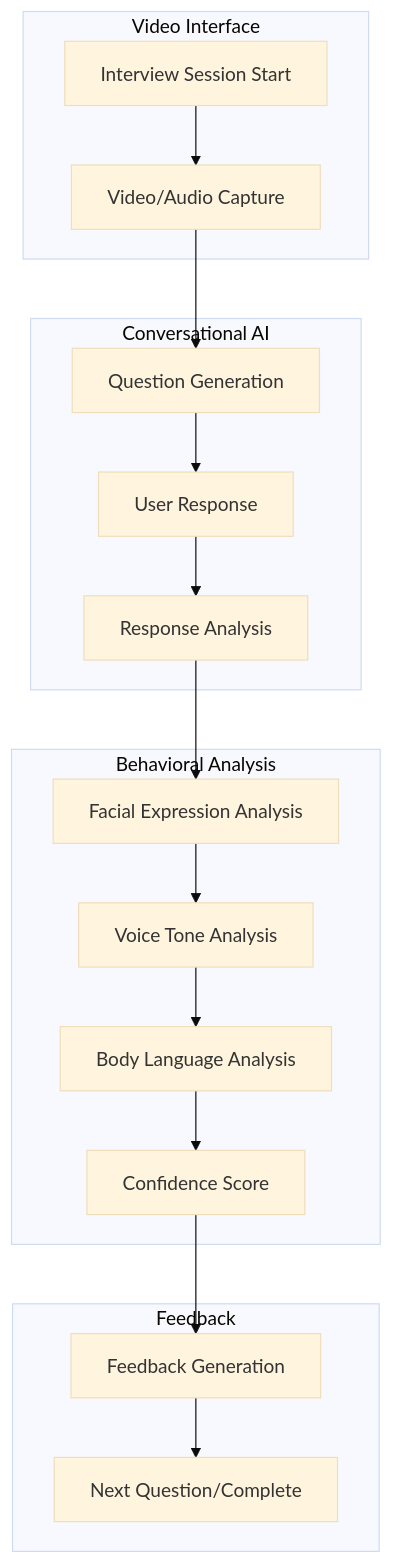
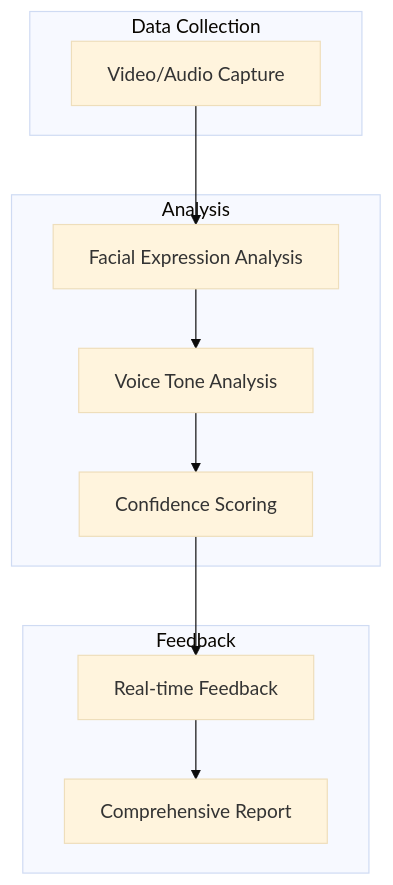
One commit to MaheshSharan/AI-Powered-Interview-Preparation-System-AIPS- changed the fifth of 6 diagrams in AIPS_Todo_List.md. Above: the diagram before and after it, drawn with Mermaid (base theme). The commit also changed other lines of this file and 10 other files, not shown here.

````diff
--- a/AIPS_Todo_List.md
+++ b/AIPS_Todo_List.md
@@ -259,36 +321,23 @@
 ```mermaid
 graph TD
-    A[Interview Session Start] --> B[Video/Audio Capture]
-    B --> C[Question Generation]
-    C --> D[User Response]
-    D --> E[Response Analysis]
-    E --> F[Facial Expression Analysis]
-    F --> G[Voice Tone Analysis]
-    G --> H[Body Language Analysis]
-    H --> I[Confidence Score]
-    I --> J[Feedback Generation]
-    J --> K[Next Question/Complete]
+    A[Video/Audio Capture] --> B[Facial Expression Analysis]
+    B --> C[Voice Tone Analysis]
+    C --> D[Confidence Scoring]
+    D --> E[Real-time Feedback]
+    E --> F[Comprehensive Report]
     
-    subgraph Video Interface
+    subgraph Data Collection
     A
-    B
     end
     
-    subgraph Conversational AI
+    subgraph Analysis
+    B
     C
     D
-    E
-    end
-    
-    subgraph Behavioral Analysis
-    F
-    G
-    H
-    I
     end
     
     subgraph Feedback
-    J
-    K
+    E
+    F
     end
 ```
````
